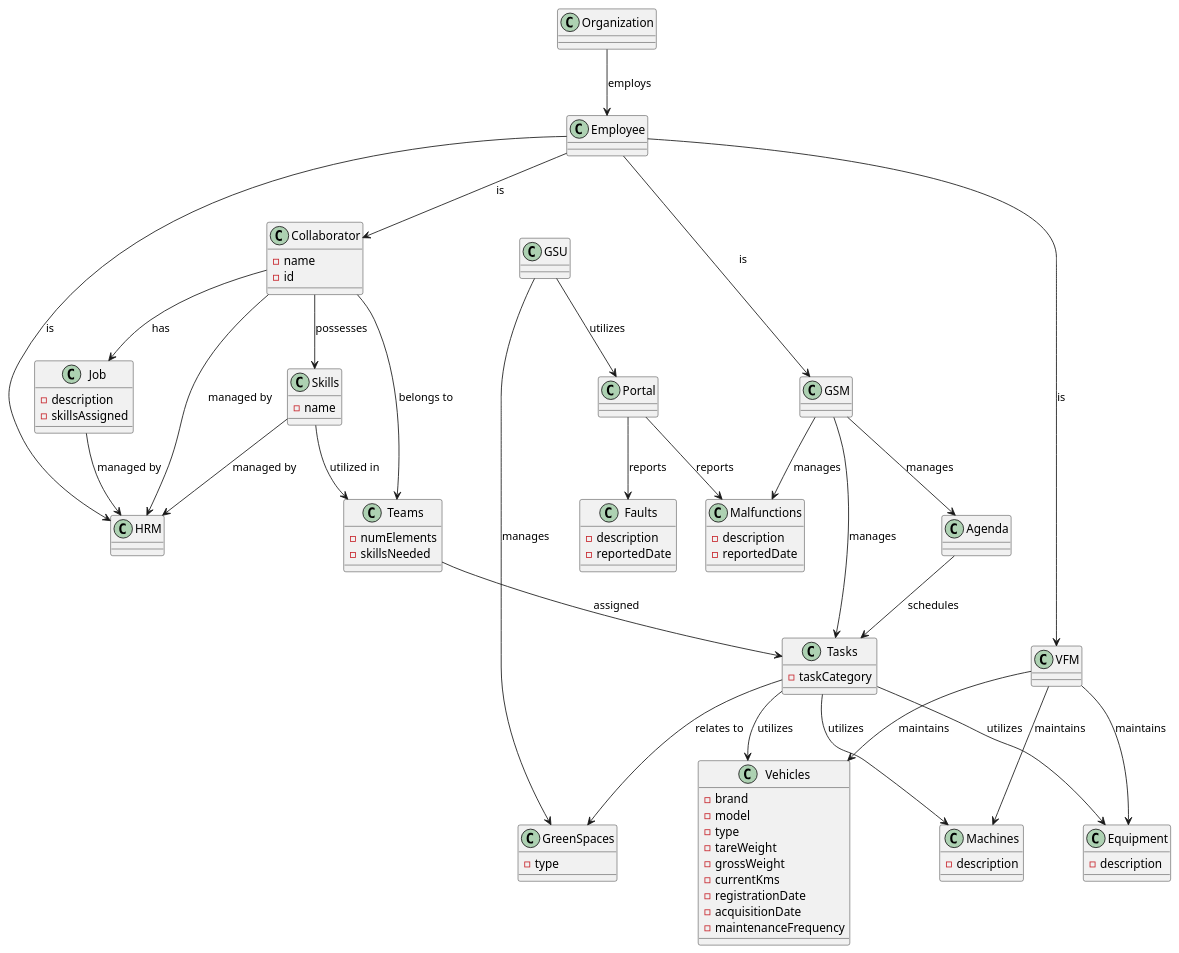
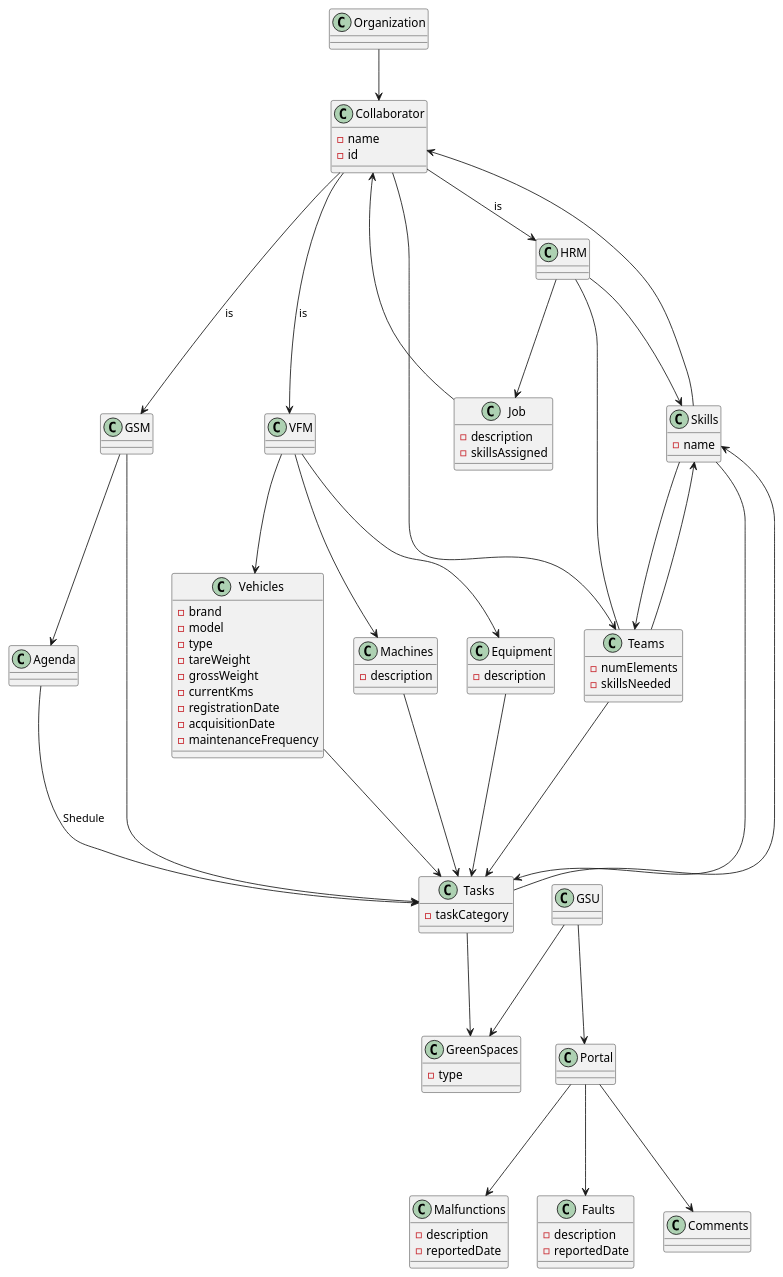
One commit to Mendoncaa/LAPR2 changed the diagram in docs/sprintA/global-artifacts/02.analysis/puml/project-domain-model.puml. Above: the diagram before and after it, drawn with PlantUML.

Commit message:
Update Domain Model

```diff
--- a/docs/sprintA/global-artifacts/02.analysis/puml/project-domain-model.puml
+++ b/docs/sprintA/global-artifacts/02.analysis/puml/project-domain-model.puml
@@ -1,125 +1,143 @@
 @startuml
 
 class Organization {
 }
 
-class Employee {
-}
 
 class Collaborator {
   - name 
   - id 
 }
 
 class HRM {
 }
 
 class GSM {
 }
 
 class VFM {
 }
 
 class Job {
   - description
   - skillsAssigned
 }
 
 class Skills {
   - name 
 }
 
 class Teams {
   - numElements 
   - skillsNeeded
 }
 
 class Tasks {
   - taskCategory 
 }
 
 class Agenda {
   
 }
 
 class Malfunctions {
   - description 
   - reportedDate 
 }
 
 class GreenSpaces {
   - type 
 }
 
 class Equipment {
   - description 
 }
 
 class Vehicles {
   - brand 
   - model 
   - type 
   - tareWeight 
   - grossWeight 
   - currentKms 
   - registrationDate
   - acquisitionDate 
   - maintenanceFrequency 
 }
 
 class Machines {
   - description 
 }
 
 class GSU {
 }
 
 class Portal {
 }
 
 class Faults {
   - description 
   - reportedDate
 }
 
+class Agenda {
+}
 
-Organization --> Employee : "employs"
+Organization --> Collaborator
 
-Employee --> Collaborator : "is"
-Employee --> HRM : "is"
-Employee --> GSM : "is"
-Employee --> VFM : "is"
+Collaborator --> HRM : "is"
+Collaborator --> GSM : "is"
+Collaborator --> VFM : "is"
+Collaborator ---> Teams
 
-Collaborator --> HRM : "managed by"
-Collaborator --> Job : "has"
-Collaborator --> Skills : "possesses"
-Collaborator --> Teams : "belongs to"
+HRM --- Teams
+HRM ---> Skills
+HRM ---> Job
 
-Job --> HRM : "managed by"
+GSM ---> Agenda
+GSM ---> Tasks
 
-Skills --> HRM : "managed by"
-Skills --> Teams : "utilized in"
+Agenda ---> Tasks : "Shedule"
 
-Teams --> Tasks : "assigned"
 
-GSM --> Agenda : "manages"
-GSM --> Tasks : "manages"
-GSM --> Malfunctions : "manages"
+VFM ---> Vehicles
+VFM ---> Machines
+VFM ---> Equipment
 
-Agenda --> Tasks : "schedules"
+Job ---> Collaborator
 
-Tasks --> GreenSpaces : "relates to"
-Tasks --> Equipment : "utilizes"
-Tasks --> Vehicles : "utilizes"
-Tasks --> Machines : "utilizes"
+Skills ---> Collaborator
+Skills ---> Teams
+Skills --> Tasks
 
-VFM --> Vehicles : "maintains"
-VFM --> Machines : "maintains"
-VFM --> Equipment : "maintains"
+Vehicles ---> Tasks
+Machines ---> Tasks
+Equipment ---> Tasks
 
-GSU --> Portal : "utilizes"
-Portal --> Malfunctions : "reports"
-Portal --> Faults : "reports"
-GSU --> GreenSpaces : "manages"
+Teams ---> Skills
+Teams ---> Tasks
+
+GSU ---> Portal
+GSU ---> GreenSpaces
+
+Portal ---> Malfunctions
+Portal ---> Comments
+Portal ---> Faults
+
+Tasks ---> GreenSpaces
+Tasks ---> Skills
+
+
+
+
+
+
+
+
+
+
+
+
+
 
 @enduml
```
